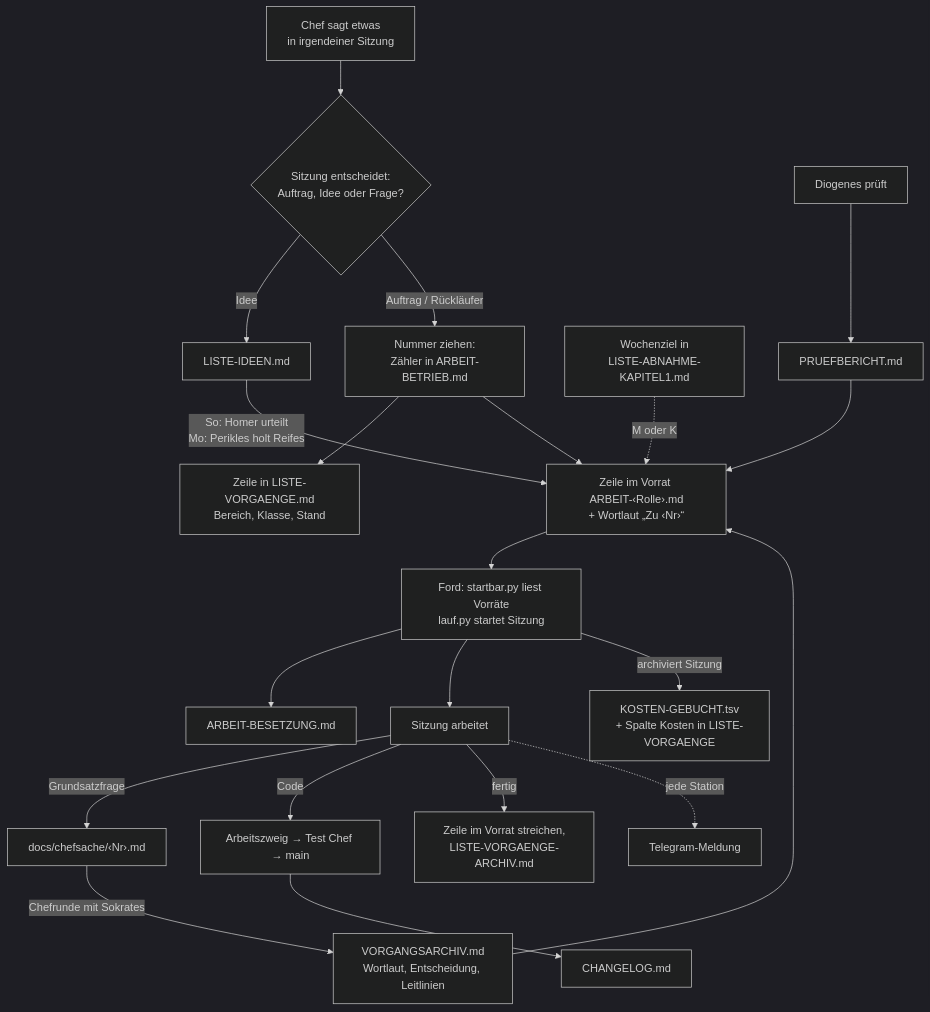
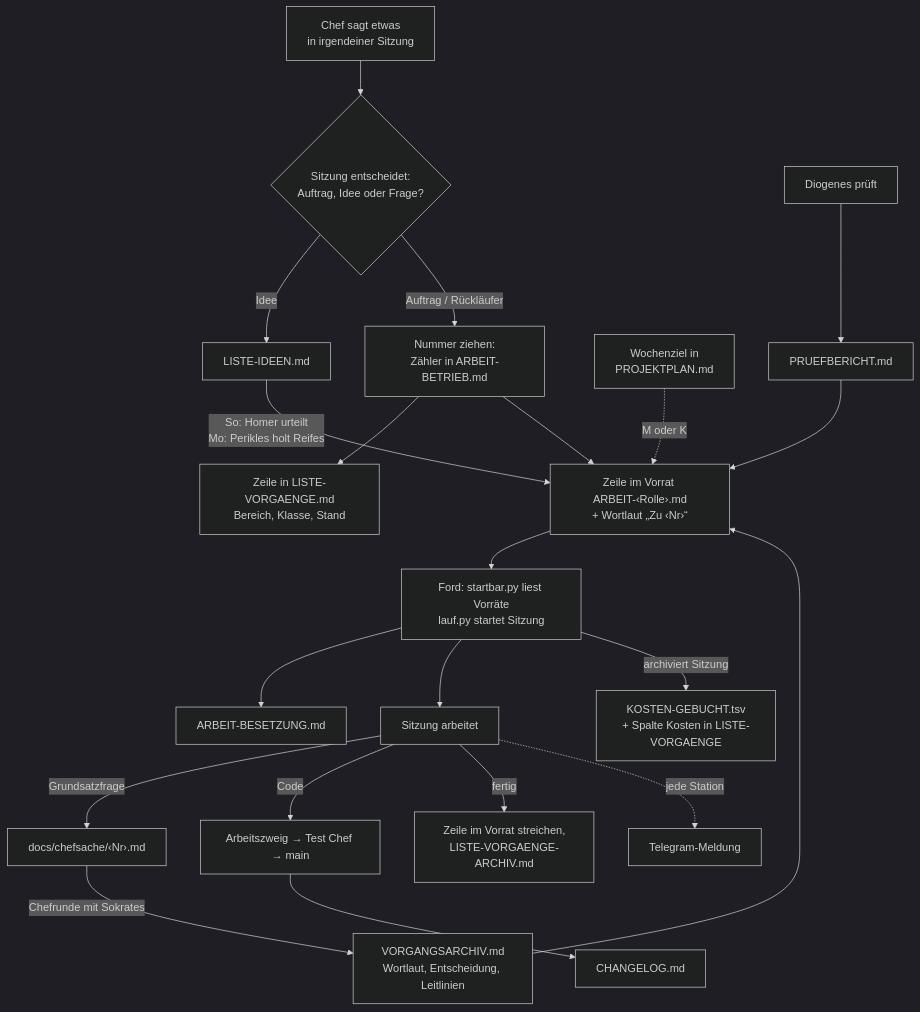
Before and after one commit to tramour-cmyk/androidapp_rpg_bornim: the diagram in docs/LISTE-ABLAUF-274.md, drawn with Mermaid (dark theme). The commit also changed other lines of this file and 22 other files, not shown here.

First line of the commit message:
Perikles: 479 LISTE-ABNAHME-KAPITEL1.md heißt PROJEKTPLAN.md, oben im Inhaltsverzeichnis; Verweise nachgezogen (Archiv und Prüfbericht bleiben Verlauf)

````diff
--- a/docs/LISTE-ABLAUF-274.md
+++ b/docs/LISTE-ABLAUF-274.md
@@ -31,22 +31,22 @@
 ```mermaid
 flowchart TD
   C[Chef sagt etwas<br/>in irgendeiner Sitzung] --> S{Sitzung entscheidet:<br/>Auftrag, Idee oder Frage?}
   S -->|Idee| I[LISTE-IDEEN.md]
   I -->|So: Homer urteilt<br/>Mo: Perikles holt Reifes| V
   S -->|Auftrag / Rückläufer| N[Nummer ziehen:<br/>Zähler in ARBEIT-BETRIEB.md]
   N --> L[Zeile in LISTE-VORGAENGE.md<br/>Bereich, Klasse, Stand]
   N --> V[Zeile im Vorrat ARBEIT-‹Rolle›.md<br/>+ Wortlaut „Zu ‹Nr›“]
-  W[Wochenziel in<br/>LISTE-ABNAHME-KAPITEL1.md] -.->|M oder K| V
+  W[Wochenziel in<br/>PROJEKTPLAN.md] -.->|M oder K| V
   V --> F[Ford: startbar.py liest Vorräte<br/>lauf.py startet Sitzung]
   F --> B[ARBEIT-BESETZUNG.md]
   F --> A[Sitzung arbeitet]
   A -->|Grundsatzfrage| CS[docs/chefsache/‹Nr›.md]
   CS -->|Chefrunde mit Sokrates| VA[VORGANGSARCHIV.md<br/>Wortlaut, Entscheidung, Leitlinien]
   VA --> V
   A -->|Code| Z[Arbeitszweig → Test Chef → main]
   Z --> CL[CHANGELOG.md]
   A -->|fertig| X[Zeile im Vorrat streichen,<br/>LISTE-VORGAENGE-ARCHIV.md]
   F -->|archiviert Sitzung| K[KOSTEN-GEBUCHT.tsv<br/>+ Spalte Kosten in LISTE-VORGAENGE]
   D[Diogenes prüft] --> P[PRUEFBERICHT.md] --> V
   A -.->|jede Station| T[Telegram-Meldung]
 ```
````
